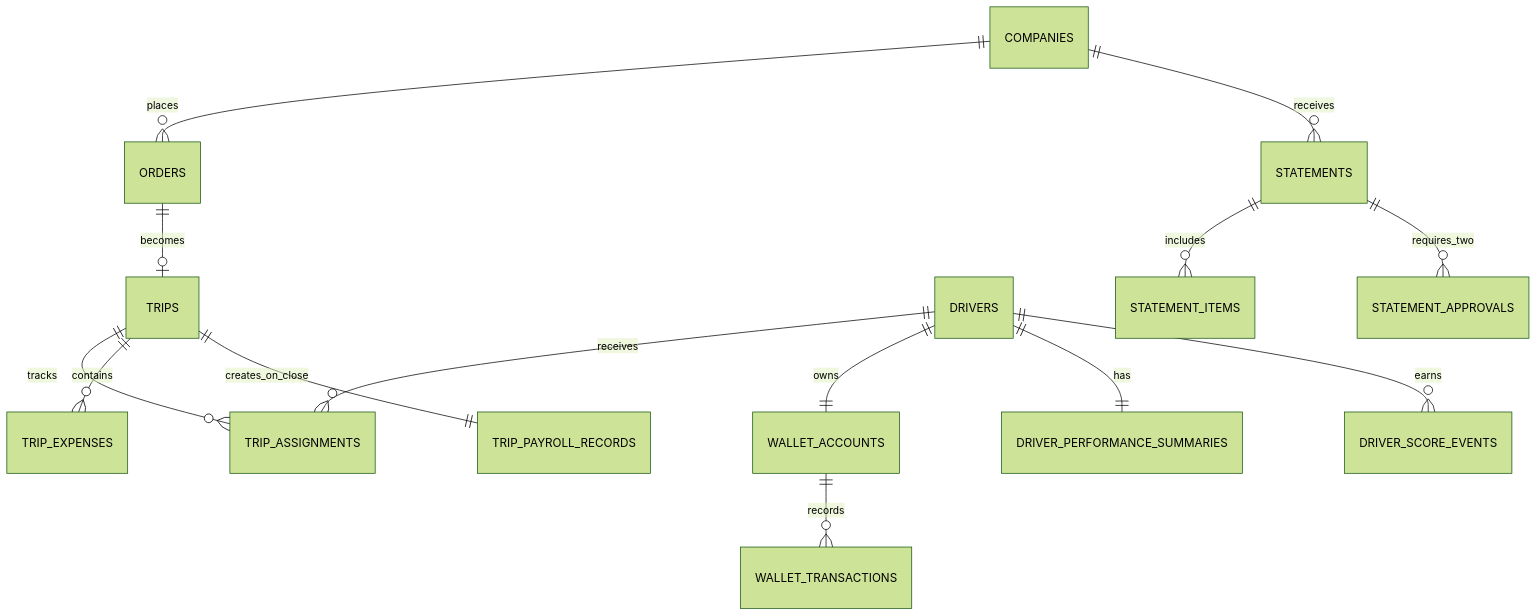
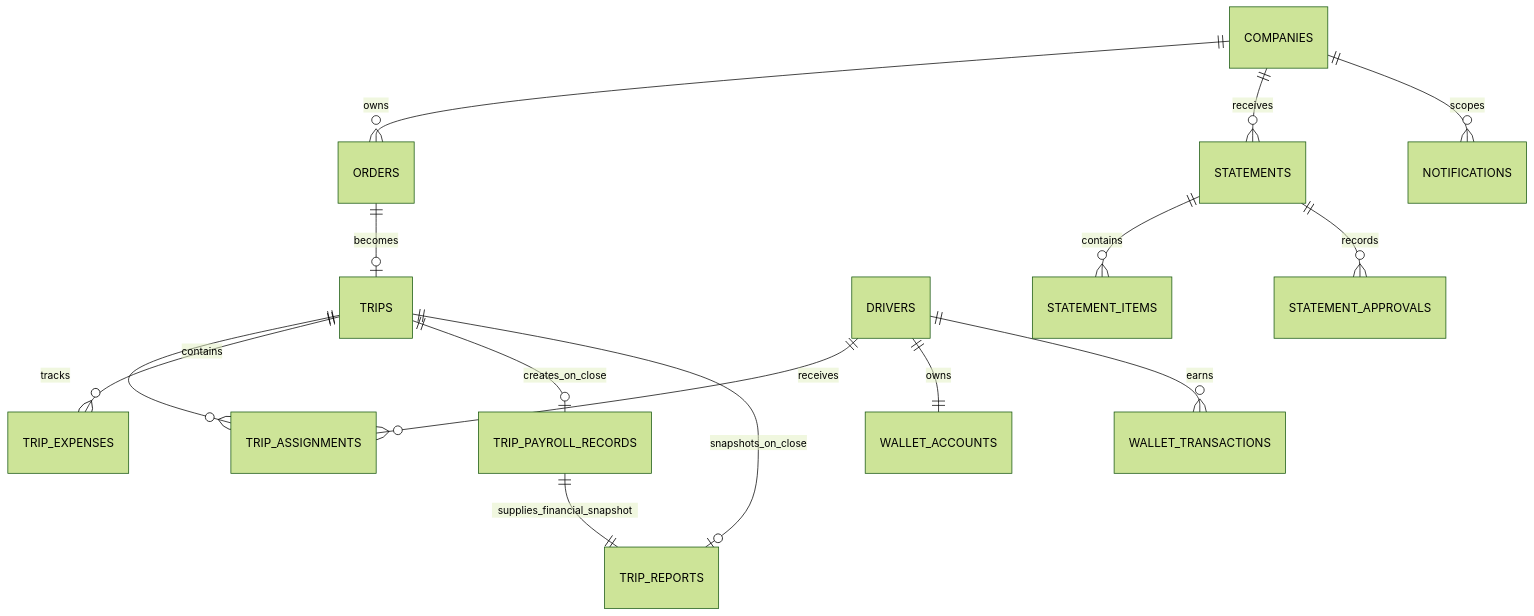
The diagram in docs/database/database-design.md (Ajilps/hired-fleet-management), drawn with Mermaid (forest theme) before and after one commit. The commit also changed other lines of this file and 10 other files, not shown here.

````diff
--- a/docs/database/database-design.md
+++ b/docs/database/database-design.md
@@ -18,16 +21,17 @@
 ```mermaid
 erDiagram
-  COMPANIES ||--o{ ORDERS : places
+  COMPANIES ||--o{ ORDERS : owns
   ORDERS ||--o| TRIPS : becomes
   DRIVERS ||--o{ TRIP_ASSIGNMENTS : receives
   TRIPS ||--o{ TRIP_ASSIGNMENTS : tracks
   TRIPS ||--o{ TRIP_EXPENSES : contains
-  TRIPS ||--|| TRIP_PAYROLL_RECORDS : creates_on_close
+  TRIPS ||--o| TRIP_PAYROLL_RECORDS : creates_on_close
+  TRIPS ||--o| TRIP_REPORTS : snapshots_on_close
+  TRIP_PAYROLL_RECORDS ||--|| TRIP_REPORTS : supplies_financial_snapshot
   DRIVERS ||--|| WALLET_ACCOUNTS : owns
-  WALLET_ACCOUNTS ||--o{ WALLET_TRANSACTIONS : records
+  DRIVERS ||--o{ WALLET_TRANSACTIONS : earns
   COMPANIES ||--o{ STATEMENTS : receives
-  STATEMENTS ||--o{ STATEMENT_ITEMS : includes
-  STATEMENTS ||--o{ STATEMENT_APPROVALS : requires_two
-  DRIVERS ||--|| DRIVER_PERFORMANCE_SUMMARIES : has
-  DRIVERS ||--o{ DRIVER_SCORE_EVENTS : earns
+  STATEMENTS ||--o{ STATEMENT_ITEMS : contains
+  STATEMENTS ||--o{ STATEMENT_APPROVALS : records
+  COMPANIES ||--o{ NOTIFICATIONS : scopes
 ```
````
